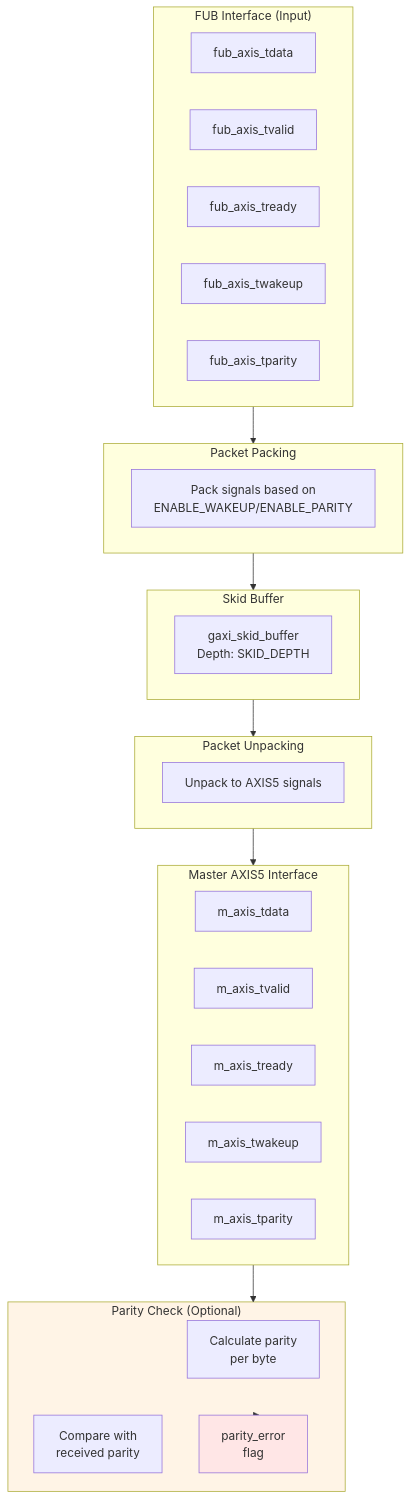
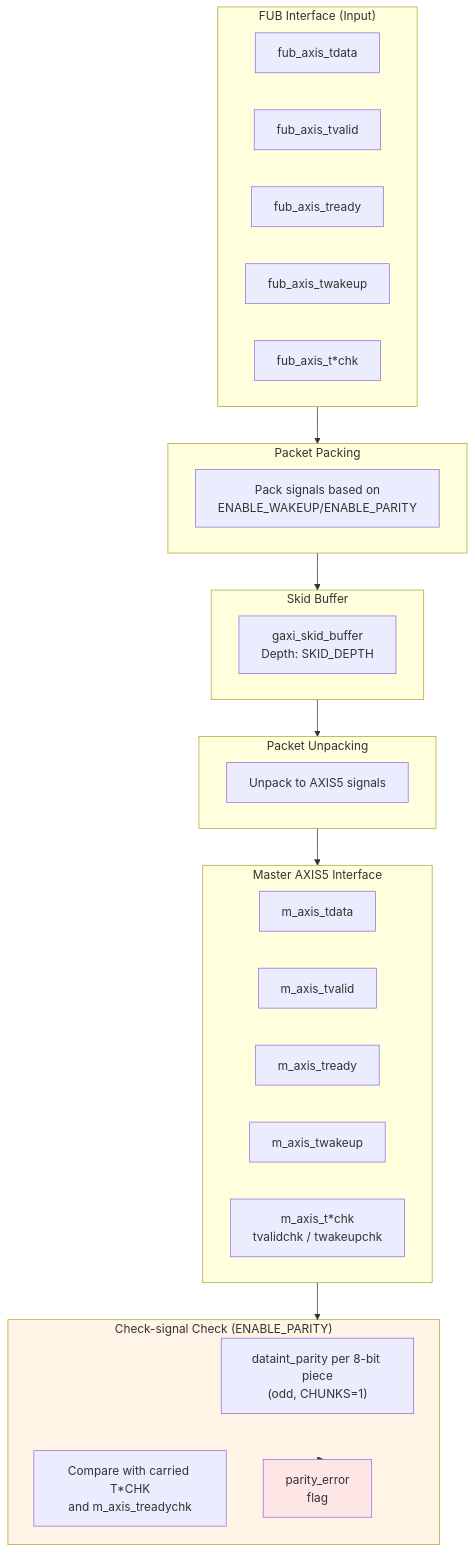
One commit to sean-galloway/RTLDesignSherpa changed the diagram in docs/markdown/rtl-amba/axis5/axis5_master.md. Above: the diagram before and after it, drawn with Mermaid. The commit also changed other lines of this file and 526 other files, not shown here.

````diff
--- a/docs/markdown/rtl-amba/axis5/axis5_master.md
+++ b/docs/markdown/rtl-amba/axis5/axis5_master.md
@@ -140,46 +155,46 @@
 ```mermaid
 flowchart TB
     subgraph INPUT["FUB Interface (Input)"]
         fub_tdata["fub_axis_tdata"]
         fub_tvalid["fub_axis_tvalid"]
         fub_tready["fub_axis_tready"]
         fub_twakeup["fub_axis_twakeup"]
-        fub_tparity["fub_axis_tparity"]
+        fub_tchk["fub_axis_t*chk"]
     end
 
     subgraph PACK["Packet Packing"]
         pack["Pack signals based on<br/>ENABLE_WAKEUP/ENABLE_PARITY"]
     end
 
     subgraph SKID["Skid Buffer"]
         sb["gaxi_skid_buffer<br/>Depth: SKID_DEPTH"]
     end
 
     subgraph UNPACK["Packet Unpacking"]
         unpack["Unpack to AXIS5 signals"]
     end
 
-    subgraph PARITY["Parity Check (Optional)"]
-        calc["Calculate parity<br/>per byte"]
-        cmp["Compare with<br/>received parity"]
+    subgraph PARITY["Check-signal Check (ENABLE_PARITY)"]
+        calc["dataint_parity per 8-bit piece<br/>(odd, CHUNKS=1)"]
+        cmp["Compare with carried T*CHK<br/>and m_axis_treadychk"]
         err["parity_error<br/>flag"]
     end
 
     subgraph OUTPUT["Master AXIS5 Interface"]
         m_tdata["m_axis_tdata"]
         m_tvalid["m_axis_tvalid"]
         m_tready["m_axis_tready"]
         m_twakeup["m_axis_twakeup"]
-        m_tparity["m_axis_tparity"]
+        m_tchk["m_axis_t*chk<br/>tvalidchk / twakeupchk"]
     end
 
     INPUT --> PACK
     PACK --> SKID
     SKID --> UNPACK
     UNPACK --> OUTPUT
     OUTPUT --> PARITY
     PARITY --> err
 
     style PARITY fill:#fff4e6
     style err fill:#ffe6e6
 ```
````
